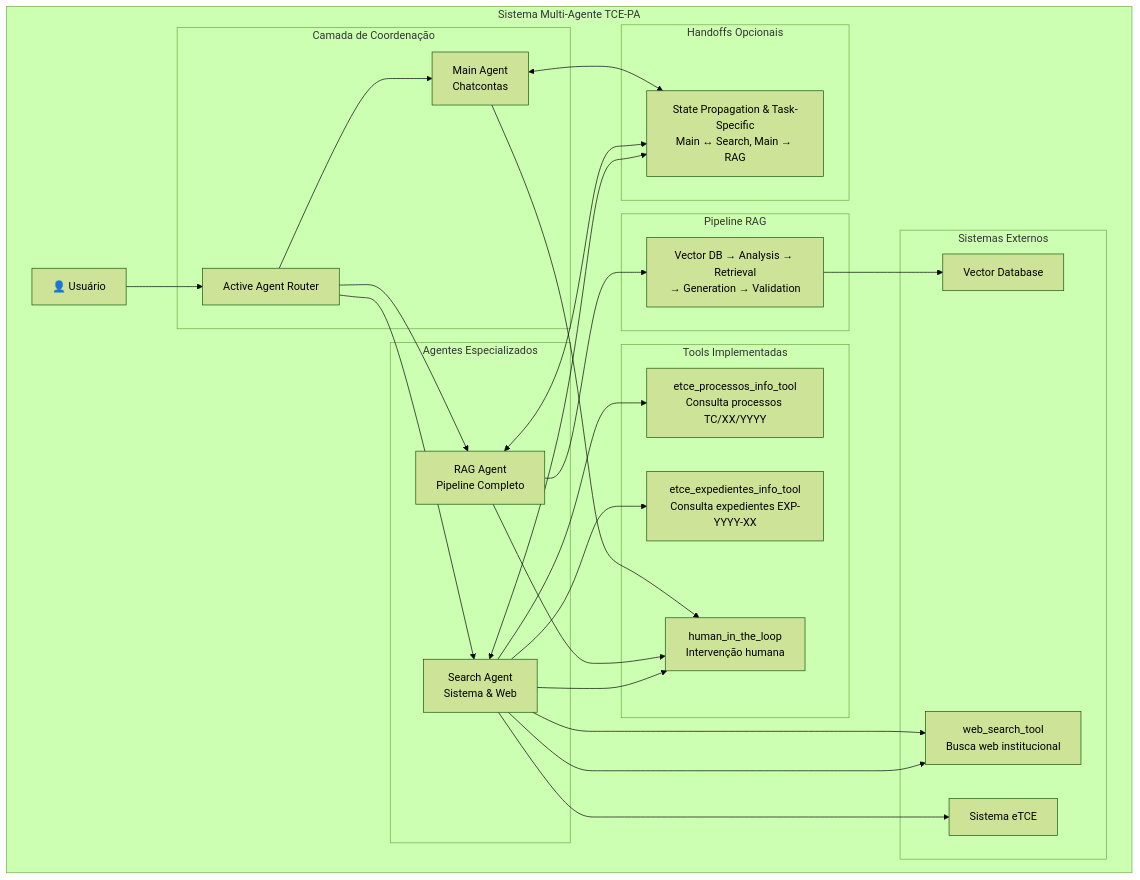
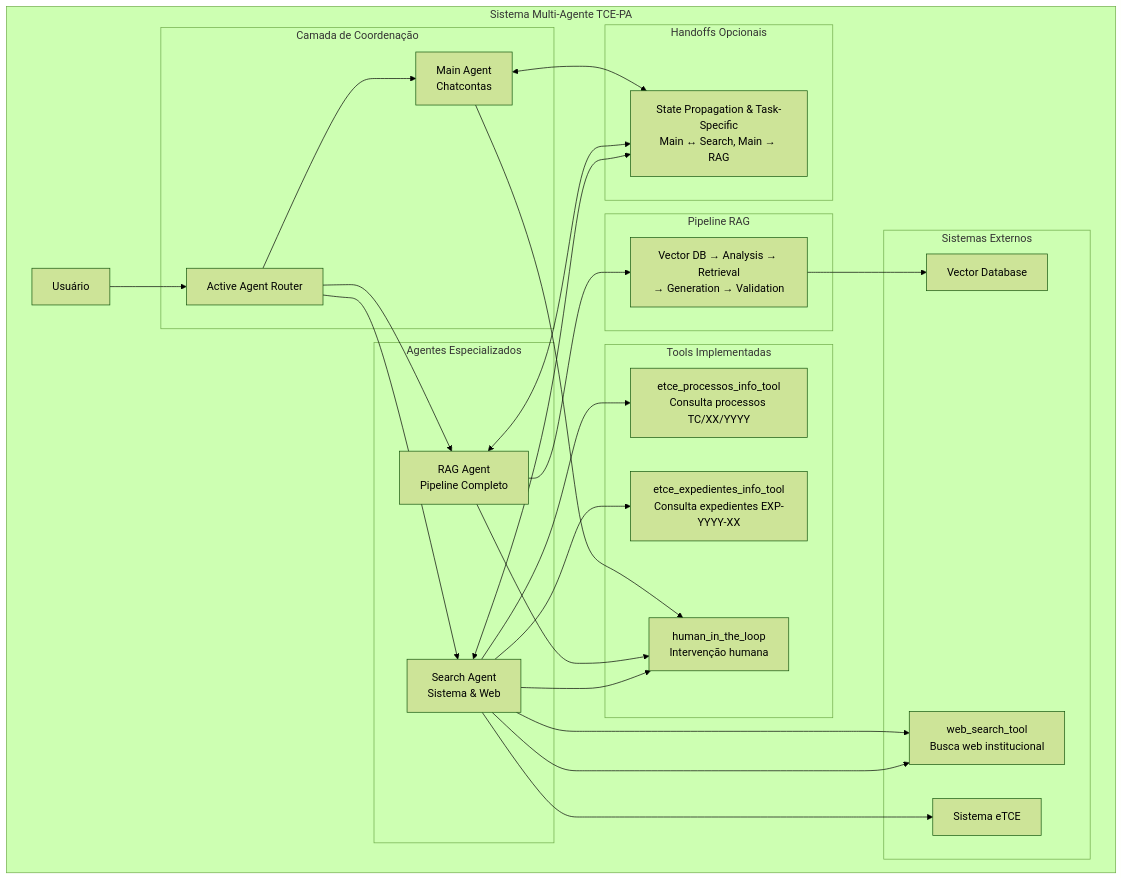
Before and after one commit to jgabriellima/coagent01-graph: the first of 17 diagrams in docs/tce_swarm/ARCHITECTURE_COMPLETE.md, drawn with Mermaid (forest theme). The commit also changed other lines of this file and 158 other files, not shown here.

First line of the commit message:
refactor: Remove outdated files and streamline TCE-PA architecture

````diff
--- a/docs/tce_swarm/ARCHITECTURE_COMPLETE.md
+++ b/docs/tce_swarm/ARCHITECTURE_COMPLETE.md
@@ -136,59 +157,59 @@
 ```mermaid
 graph TB
     subgraph "Sistema Multi-Agente TCE-PA"
-        USER[👤 Usuário]
+        USER[Usuário]
         
         subgraph "Camada de Coordenação"
             ROUTER[Active Agent Router]
             MAIN[Main Agent<br/>Chatcontas]
         end
         
         subgraph "Agentes Especializados"
             RAG[RAG Agent<br/>Pipeline Completo]
             SEARCH[Search Agent<br/>Sistema & Web]
         end
         
         subgraph "Pipeline RAG"
             RAGP[Vector DB → Analysis → Retrieval<br/>→ Generation → Validation]
         end
         
         subgraph "Sistemas Externos"
             ETCE[Sistema eTCE]
             WEB[Web Search] 
             VDB[Vector Database]
         end
         
         subgraph "Tools Implementadas"
             HITL[human_in_the_loop<br/>Intervenção humana]
             ETCE_PROC[etce_processos_info_tool<br/>Consulta processos TC/XX/YYYY]
             ETCE_EXP[etce_expedientes_info_tool<br/>Consulta expedientes EXP-YYYY-XX]
             WEB[web_search_tool<br/>Busca web institucional]
         end
         
         subgraph "Handoffs Opcionais"
             HANDOFFS[State Propagation & Task-Specific<br/>Main ↔ Search, Main → RAG]
         end
     end
     
     USER --> ROUTER
     ROUTER --> MAIN
     ROUTER --> RAG  
     ROUTER --> SEARCH
     
     MAIN <--> HANDOFFS
     RAG <--> HANDOFFS
     SEARCH <--> HANDOFFS
     
     RAG --> RAGP
     RAGP --> VDB
     
     SEARCH --> ETCE_PROC
     SEARCH --> ETCE_EXP
     SEARCH --> WEB
     SEARCH --> ETCE
     SEARCH --> WEB
     
     MAIN --> HITL
     RAG --> HITL
     SEARCH --> HITL
 ```
````
